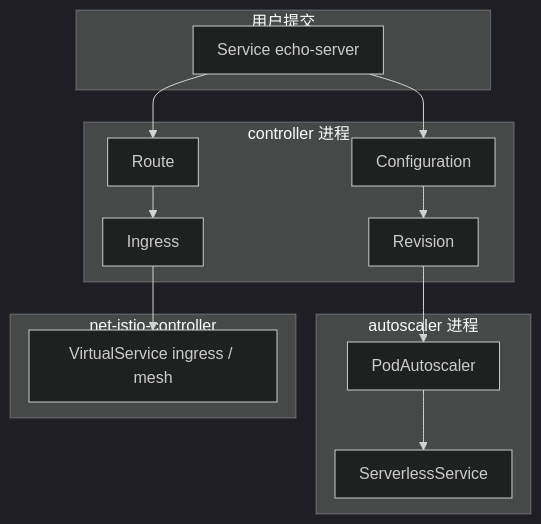
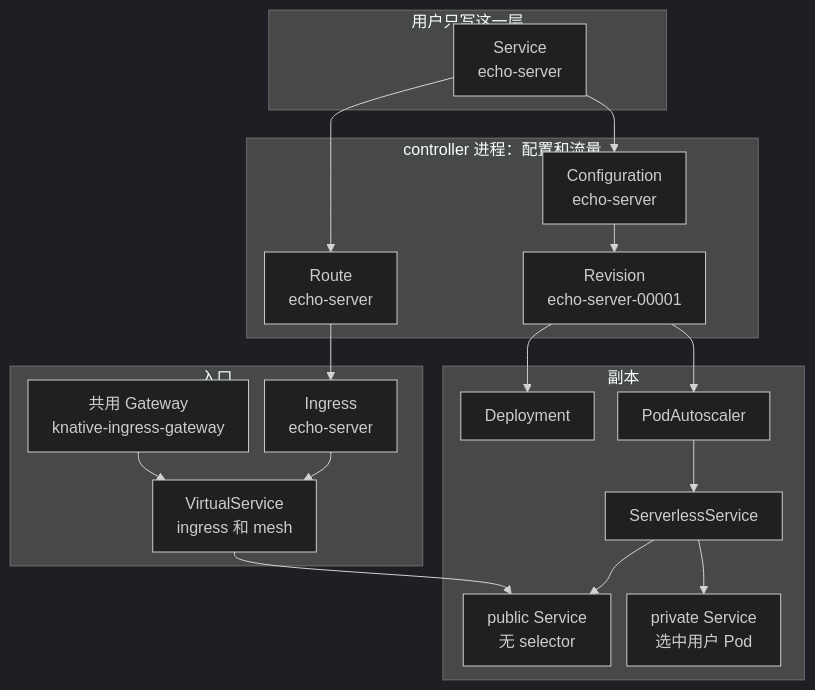
The first of 4 diagrams in docs/overview.md (forrestIsRunning/knative-lab), drawn with Mermaid (dark theme) before and after one commit. The commit also changed other lines of this file and 6 other files, not shown here.

First line of the commit message:
把笔记收成一张 Knative 架构图

````diff
--- a/docs/overview.md
+++ b/docs/overview.md
@@ -14,32 +25,41 @@
 ```mermaid
 ---
 config:
   flowchart:
     htmlLabels: true
-    wrappingWidth: 200
+    wrappingWidth: 220
     padding: 12
     useMaxWidth: false
-    rankSpacing: 32
-    nodeSpacing: 18
+    rankSpacing: 28
+    nodeSpacing: 16
 ---
 flowchart TB
-  subgraph user["用户提交"]
-    KSVC["Service echo-server"]
+  subgraph L1["用户只写这一层"]
+    SVC["Service<br/>echo-server"]
   end
-  subgraph ctrl["controller 进程"]
-    CFG["Configuration"]
-    REV["Revision"]
-    ROUTE["Route"]
-    ING["Ingress"]
+  subgraph L2["controller 进程：配置和流量"]
+    CFG["Configuration<br/>echo-server"]
+    REV["Revision<br/>echo-server-00001"]
+    ROUTE["Route<br/>echo-server"]
   end
-  subgraph scale["autoscaler 进程"]
+  subgraph L3["副本"]
+    DEP["Deployment"]
     PA["PodAutoscaler"]
     SKS["ServerlessService"]
+    PUB["public Service<br/>无 selector"]
+    PVT["private Service<br/>选中用户 Pod"]
   end
-  subgraph net["net-istio-controller"]
-    VS["VirtualService ingress / mesh"]
+  subgraph L4["入口"]
+    ING["Ingress<br/>echo-server"]
+    VS["VirtualService<br/>ingress 和 mesh"]
+    GW["共用 Gateway<br/>knative-ingress-gateway"]
   end
-  KSVC --> CFG --> REV
-  KSVC --> ROUTE --> ING --> VS
+  SVC --> CFG --> REV
+  SVC --> ROUTE --> ING --> VS
+  GW --> VS
+  REV --> DEP
   REV --> PA --> SKS
+  SKS --> PUB
+  SKS --> PVT
+  VS --> PUB
 ```
````
